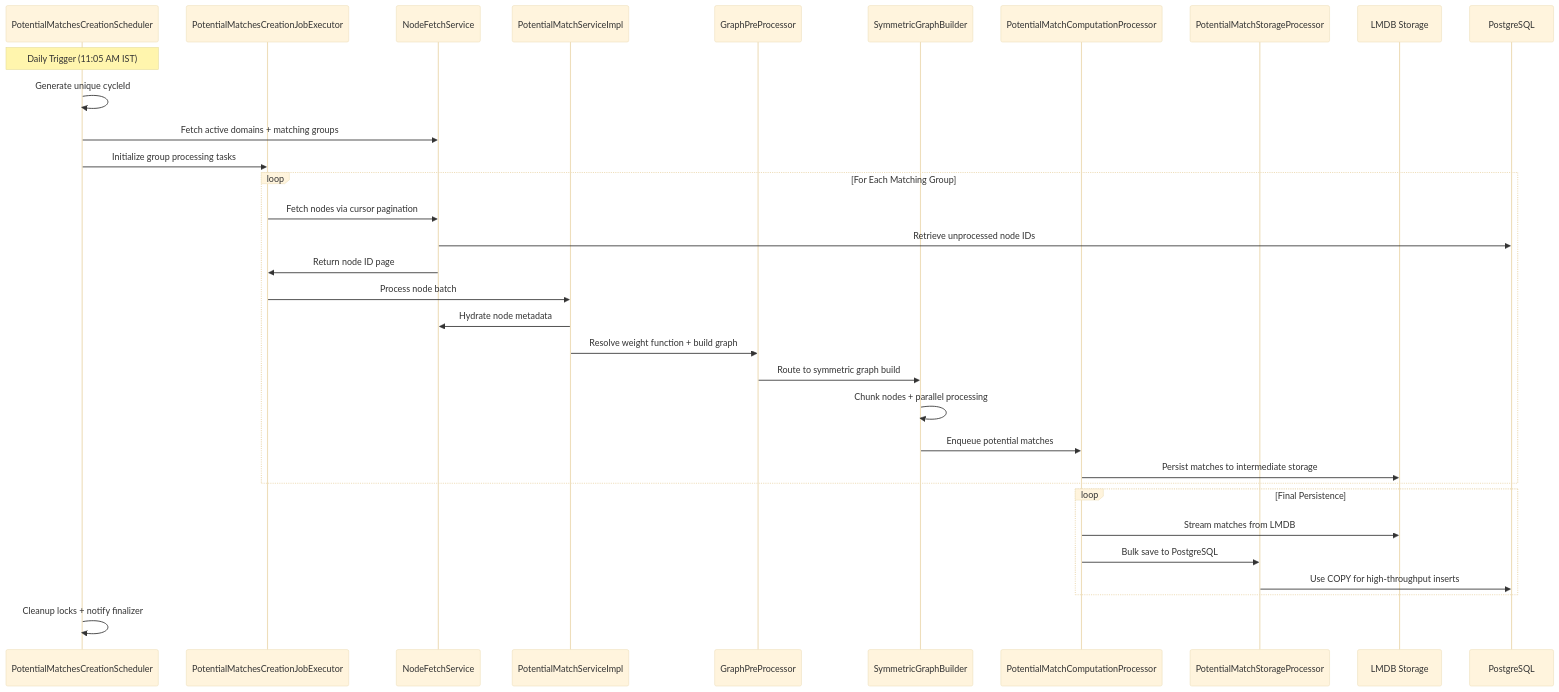
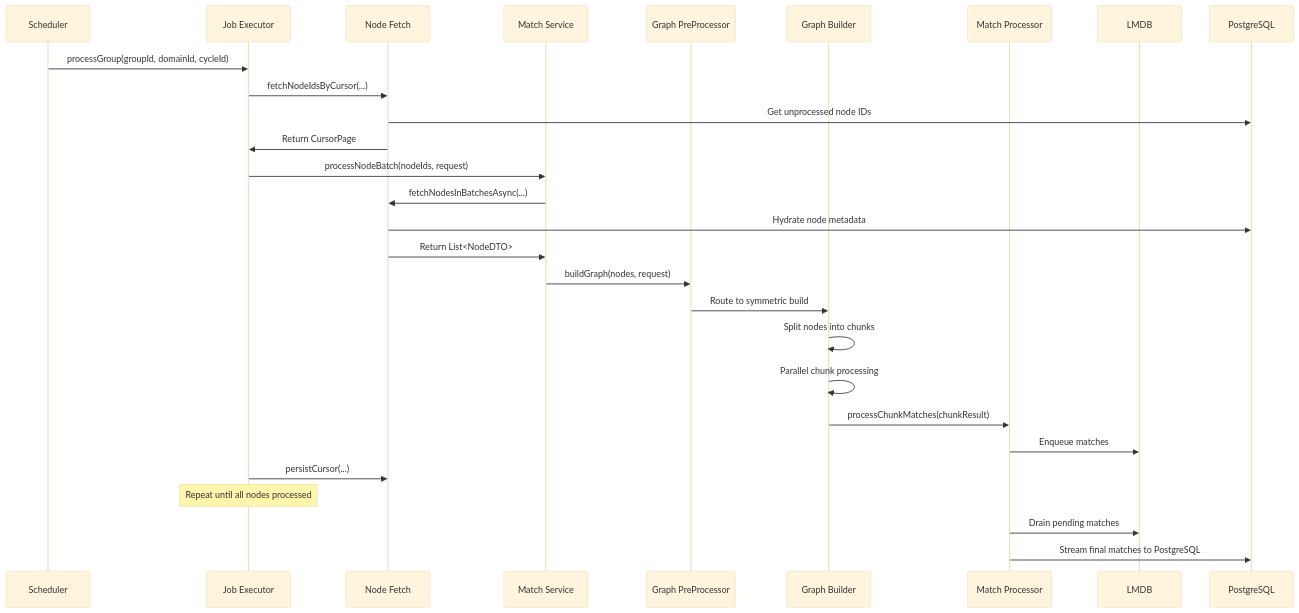
Before and after one commit to kagit00/schedule_x: the second of 3 diagrams in docs/Low Level Designs/ScheduledPotentialMatchesCreation.md, drawn with Mermaid (base theme). The commit also changed other lines of this file, not shown here.

````diff
--- a/docs/Low Level Designs/ScheduledPotentialMatchesCreation.md
+++ b/docs/Low Level Designs/ScheduledPotentialMatchesCreation.md
@@ -46,39 +192,31 @@
 ```mermaid
 sequenceDiagram
-    participant Scheduler as PotentialMatchesCreationScheduler
-    participant JobExecutor as PotentialMatchesCreationJobExecutor
-    participant NodeFetch as NodeFetchService
-    participant MatchService as PotentialMatchServiceImpl
-    participant GraphPre as GraphPreProcessor
-    participant GraphBuilder as SymmetricGraphBuilder
-    participant MatchProcessor as PotentialMatchComputationProcessor
-    participant Storage as PotentialMatchStorageProcessor
-    participant LMDB as LMDB Storage
+    participant Scheduler as Scheduler
+    participant JobExecutor as Job Executor
+    participant NodeFetch as Node Fetch
+    participant MatchService as Match Service
+    participant GraphPre as Graph PreProcessor
+    participant GraphBuilder as Graph Builder
+    participant MatchProcessor as Match Processor
+    participant LMDB as LMDB
     participant PG as PostgreSQL
 
-    Note over Scheduler: Daily Trigger (11:05 AM IST)
-    Scheduler->>Scheduler: Generate unique cycleId
-    Scheduler->>NodeFetch: Fetch active domains + matching groups
-    Scheduler->>JobExecutor: Initialize group processing tasks
-
-    loop For Each Matching Group
-        JobExecutor->>NodeFetch: Fetch nodes via cursor pagination
-        NodeFetch->>PG: Retrieve unprocessed node IDs
-        NodeFetch->>JobExecutor: Return node ID page
-        JobExecutor->>MatchService: Process node batch
-        MatchService->>NodeFetch: Hydrate node metadata
-        MatchService->>GraphPre: Resolve weight function + build graph
-        GraphPre->>GraphBuilder: Route to symmetric graph build
-        GraphBuilder->>GraphBuilder: Chunk nodes + parallel processing
-        GraphBuilder->>MatchProcessor: Enqueue potential matches
-        MatchProcessor->>LMDB: Persist matches to intermediate storage
-    end
-
-    loop Final Persistence
-        MatchProcessor->>LMDB: Stream matches from LMDB
-        MatchProcessor->>Storage: Bulk save to PostgreSQL
-        Storage->>PG: Use COPY for high-throughput inserts
-    end
-
-    Scheduler->>Scheduler: Cleanup locks + notify finalizer
+    Scheduler->>JobExecutor: processGroup(groupId, domainId, cycleId)
+    JobExecutor->>NodeFetch: fetchNodeIdsByCursor(...)
+    NodeFetch->>PG: Get unprocessed node IDs
+    NodeFetch->>JobExecutor: Return CursorPage
+    JobExecutor->>MatchService: processNodeBatch(nodeIds, request)
+    MatchService->>NodeFetch: fetchNodesInBatchesAsync(...)
+    NodeFetch->>PG: Hydrate node metadata
+    NodeFetch->>MatchService: Return List<NodeDTO>
+    MatchService->>GraphPre: buildGraph(nodes, request)
+    GraphPre->>GraphBuilder: Route to symmetric build
+    GraphBuilder->>GraphBuilder: Split nodes into chunks
+    GraphBuilder->>GraphBuilder: Parallel chunk processing
+    GraphBuilder->>MatchProcessor: processChunkMatches(chunkResult)
+    MatchProcessor->>LMDB: Enqueue matches
+    JobExecutor->>NodeFetch: persistCursor(...)
+    Note over JobExecutor: Repeat until all nodes processed
+    MatchProcessor->>LMDB: Drain pending matches
+    MatchProcessor->>PG: Stream final matches to PostgreSQL
 ```
````
